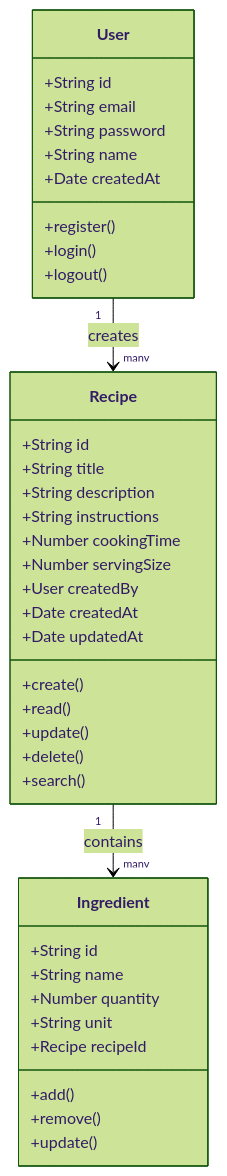
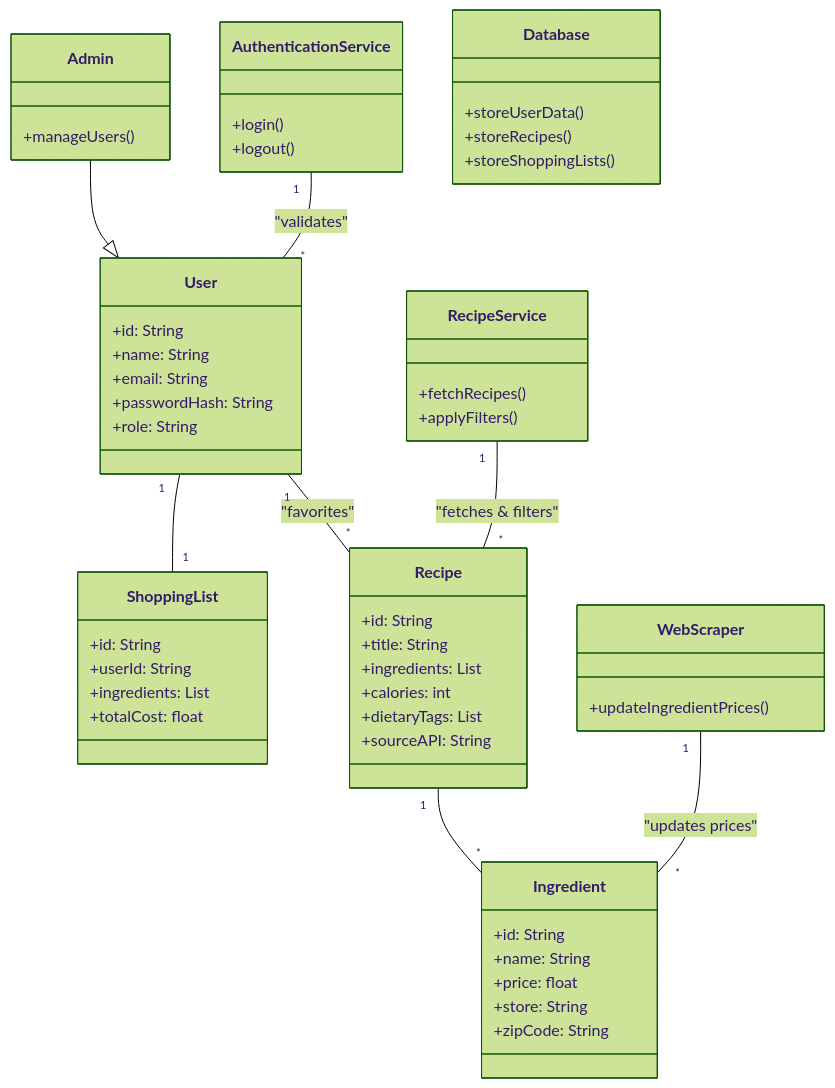
The first of 3 diagrams in doc/sp0.md (realYushi/my-recipe-book), drawn with Mermaid (forest theme) before and after one commit.

Commit message:
Update sp0.md
Change for UML class diagram

````diff
--- a/doc/sp0.md
+++ b/doc/sp0.md
@@ -73,44 +73,67 @@
 ```mermaid
 classDiagram
     class User {
-        +String id
-        +String email
-        +String password
-        +String name
-        +Date createdAt
-        +register()
+        +id: String
+        +name: String
+        +email: String
+        +passwordHash: String
+        +role: String
+    }
+
+    class Admin {
+        +manageUsers()
+    }
+
+    class Recipe {
+        +id: String
+        +title: String
+        +ingredients: List
+        +calories: int
+        +dietaryTags: List
+        +sourceAPI: String
+    }
+
+    class Ingredient {
+        +id: String
+        +name: String
+        +price: float
+        +store: String
+        +zipCode: String
+    }
+
+    class ShoppingList {
+        +id: String
+        +userId: String
+        +ingredients: List
+        +totalCost: float
+    }
+
+    class AuthenticationService {
         +login()
         +logout()
     }
-    
-    class Recipe {
-        +String id
-        +String title
-        +String description
-        +String instructions
-        +Number cookingTime
-        +Number servingSize
-        +User createdBy
-        +Date createdAt
-        +Date updatedAt
-        +create()
-        +read()
-        +update()
-        +delete()
-        +search()
+
+    class RecipeService {
+        +fetchRecipes()
+        +applyFilters()
     }
-    
-    class Ingredient {
-        +String id
-        +String name
-        +Number quantity
-        +String unit
-        +Recipe recipeId
-        +add()
-        +remove()
-        +update()
+
+    class WebScraper {
+        +updateIngredientPrices()
     }
-    
-    User "1" --> "many" Recipe : creates
-    Recipe "1" --> "many" Ingredient : contains
+
+    class Database {
+        +storeUserData()
+        +storeRecipes()
+        +storeShoppingLists()
+    }
+
+    User "1" -- "*" Recipe : "favorites"
+    User "1" -- "1" ShoppingList
+    Recipe "1" -- "*" Ingredient
+    WebScraper "1" -- "*" Ingredient : "updates prices"
+    AuthenticationService "1" -- "*" User : "validates"
+    RecipeService "1" -- "*" Recipe : "fetches & filters"
+    Admin --|> User
+
 ```
````
